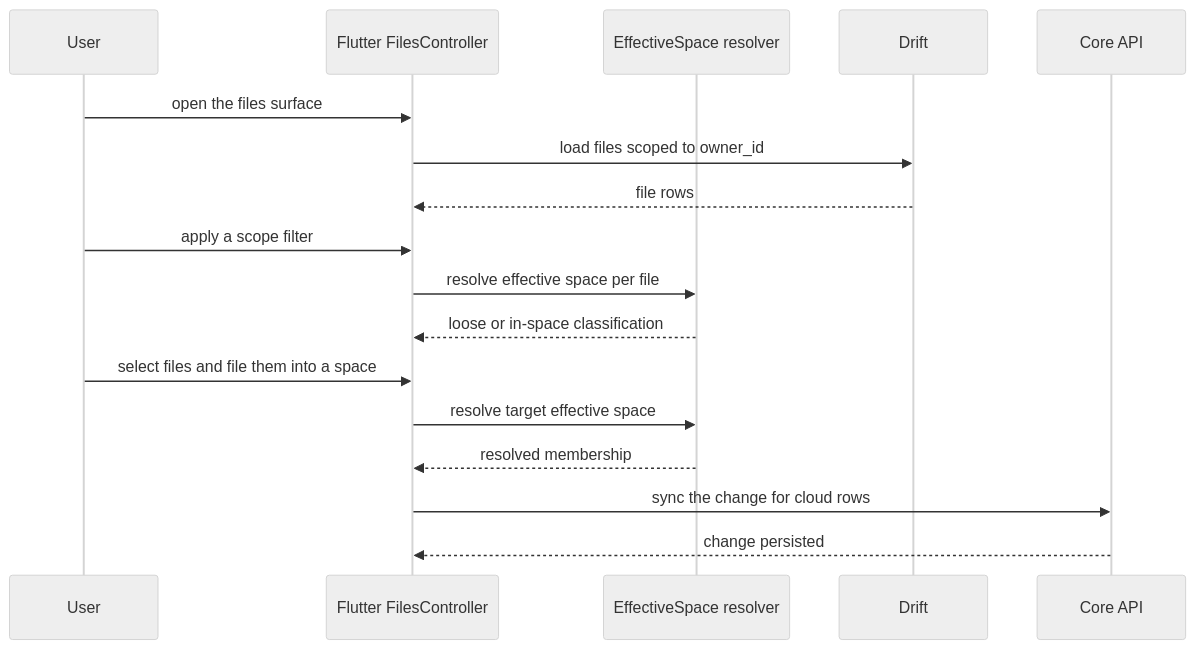
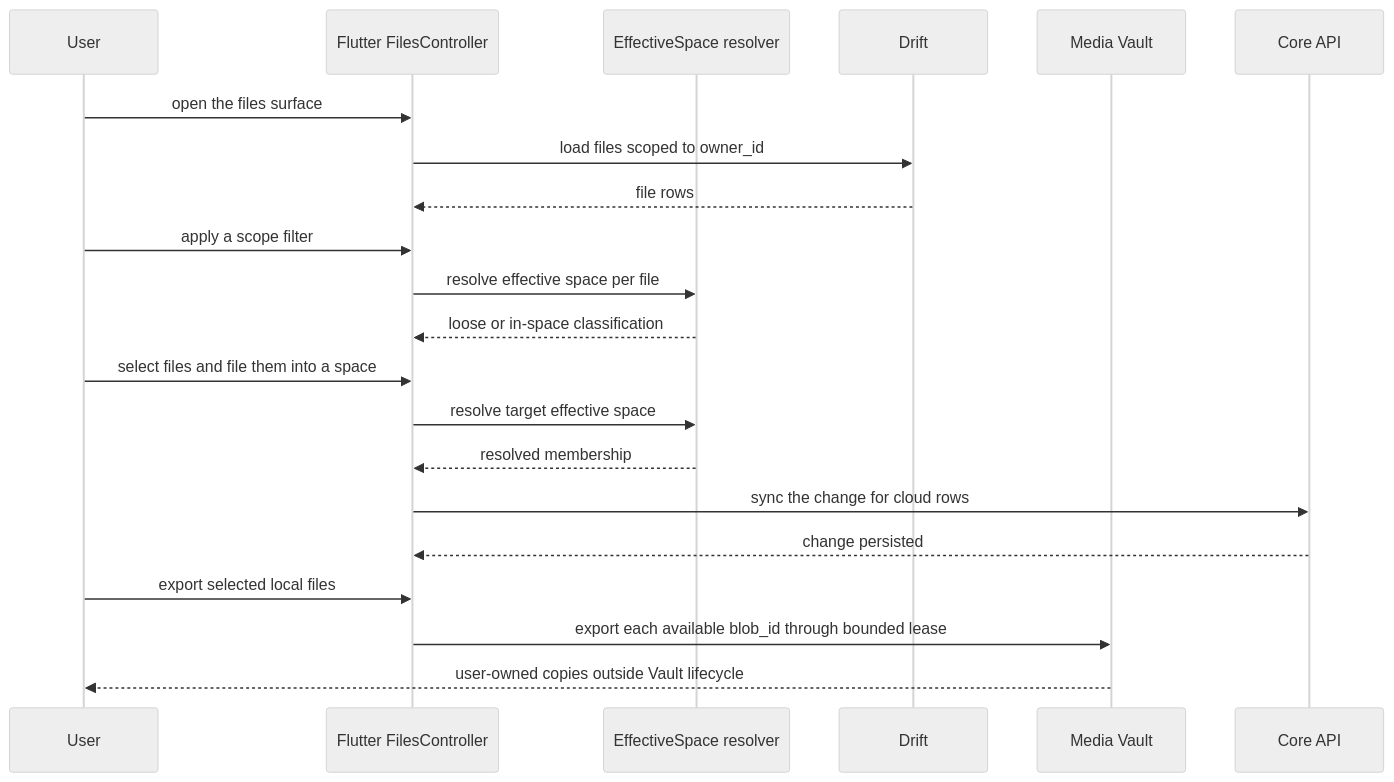
Before and after one commit to matome-org/matome-app: the diagram in .docs/use-cases/uc-08-browse-files.md, drawn with Mermaid (neutral theme). The commit also changed other lines of this file and 17 other files, not shown here.

````diff
--- a/.docs/use-cases/uc-08-browse-files.md
+++ b/.docs/use-cases/uc-08-browse-files.md
@@ -42,19 +61,23 @@
 ```mermaid
 sequenceDiagram
   participant U as User
   participant F as Flutter FilesController
   participant R as EffectiveSpace resolver
   participant D as Drift
+  participant V as Media Vault
   participant API as Core API
   U->>F: open the files surface
   F->>D: load files scoped to owner_id
   D-->>F: file rows
   U->>F: apply a scope filter
   F->>R: resolve effective space per file
   R-->>F: loose or in-space classification
   U->>F: select files and file them into a space
   F->>R: resolve target effective space
   R-->>F: resolved membership
   F->>API: sync the change for cloud rows
   API-->>F: change persisted
+  U->>F: export selected local files
+  F->>V: export each available blob_id through bounded lease
+  V-->>U: user-owned copies outside Vault lifecycle
 ```
````
